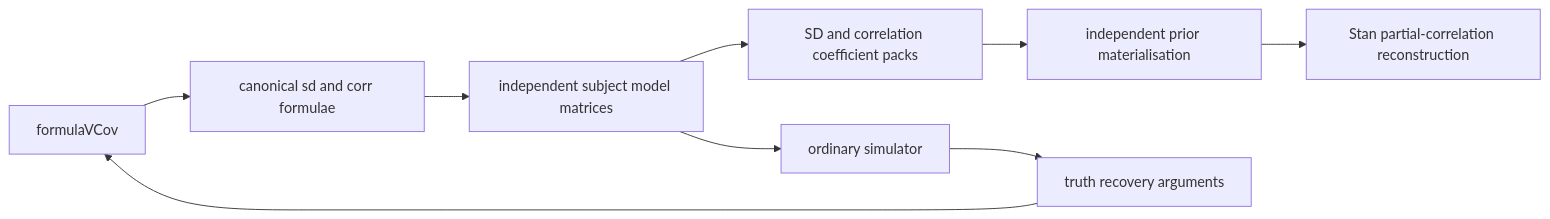
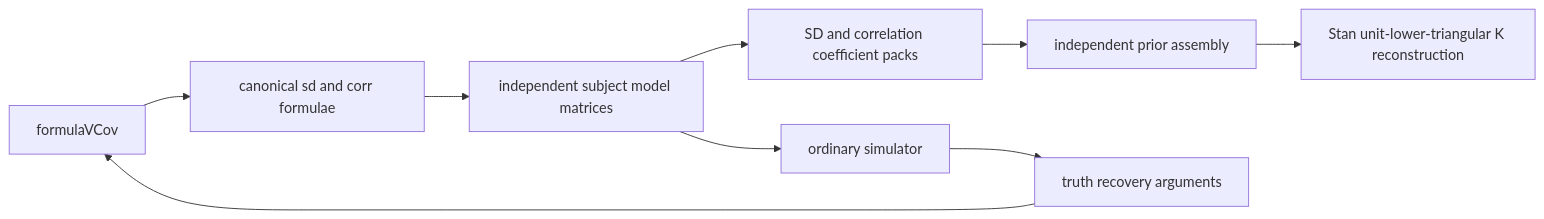
Before and after one commit to trinhdhk/joinme: the second of 8 diagrams in notes/docs/architecture.md, drawn with Mermaid. The commit also changed other lines of this file and 92 other files, not shown here.

````diff
--- a/notes/docs/architecture.md
+++ b/notes/docs/architecture.md
@@ -68,11 +74,11 @@
 ```mermaid
 flowchart LR
   A[formulaVCov] --> B[canonical sd and corr formulae]
   B --> C[independent subject model matrices]
   C --> D[SD and correlation coefficient packs]
-  D --> E[independent prior materialisation]
-  E --> F[Stan partial-correlation reconstruction]
+  D --> E[independent prior assembly]
+  E --> F[Stan unit-lower-triangular K reconstruction]
   C --> G[ordinary simulator]
   G --> H[truth recovery arguments]
   H --> A
 ```
````
